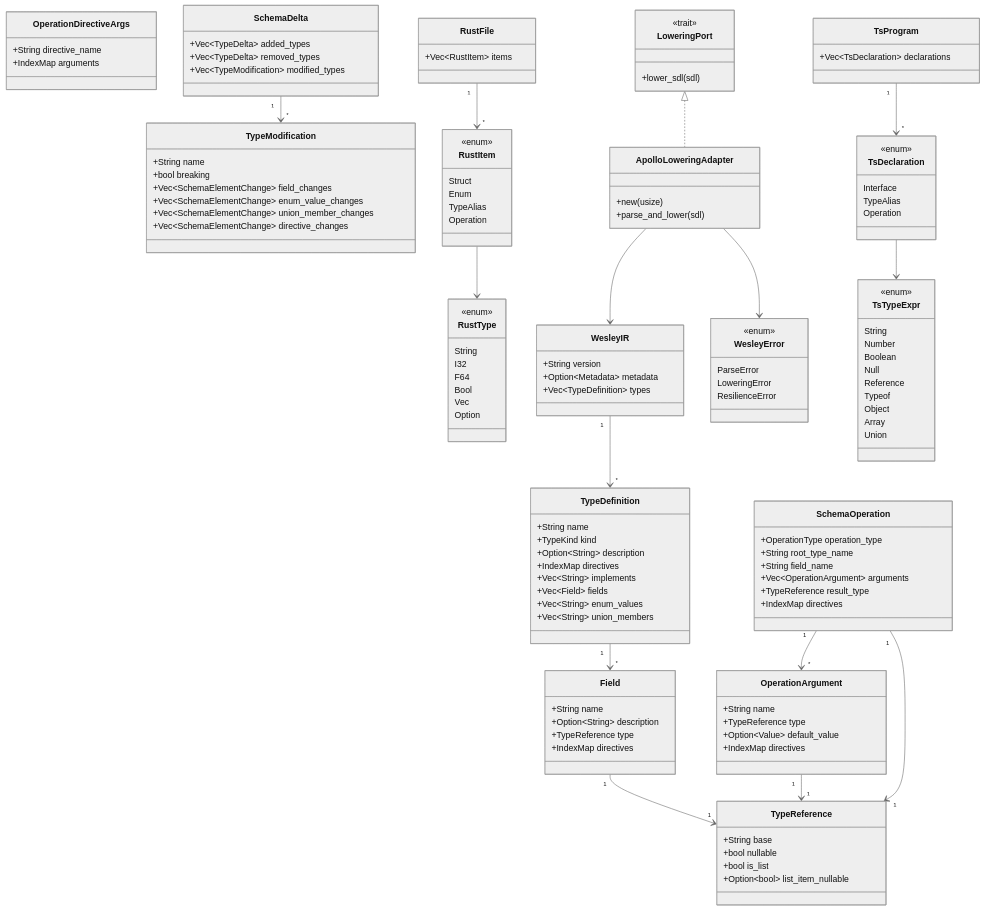
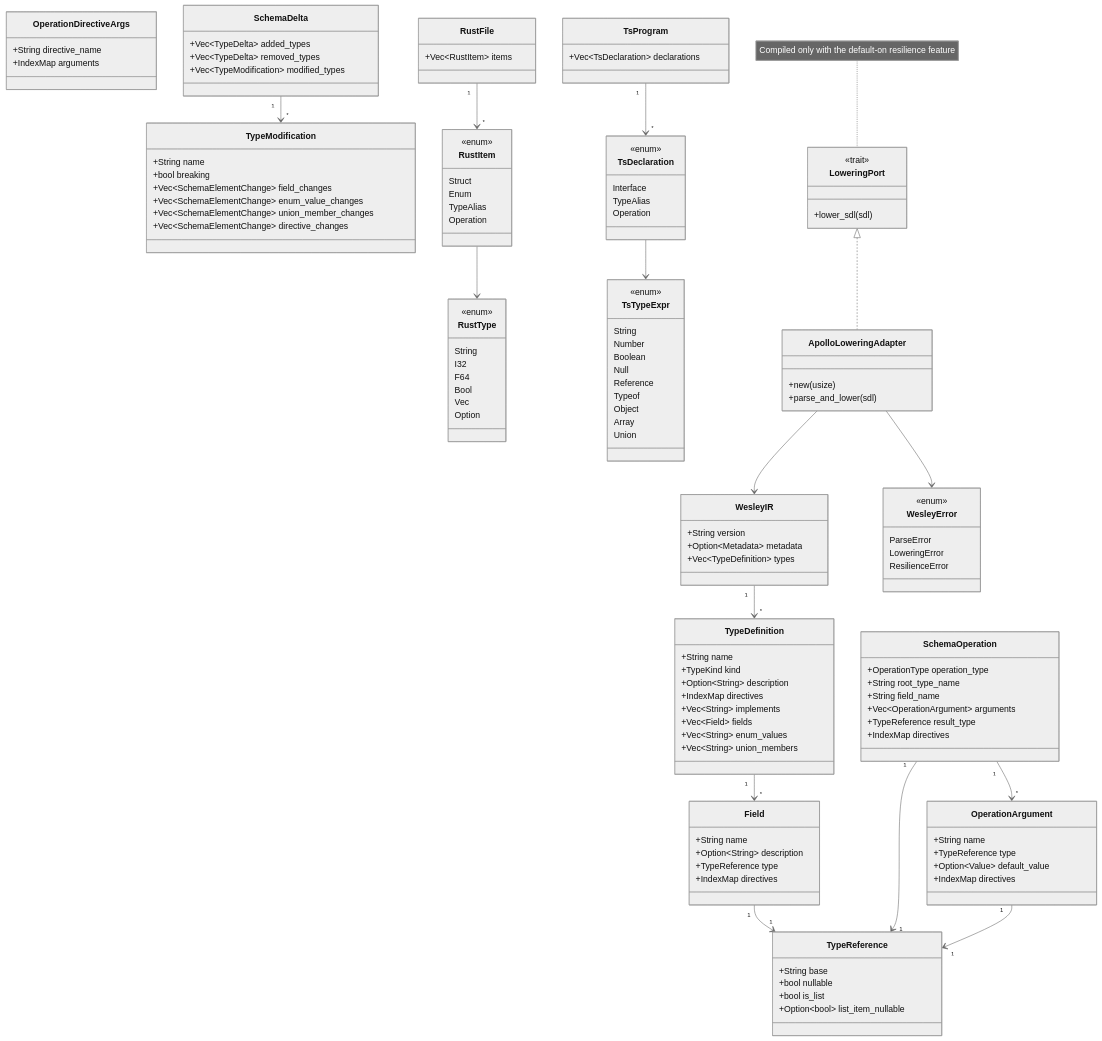
The third of 9 diagrams in docs/ARCHITECTURE.md (flyingrobots/wesley), drawn with Mermaid (neutral theme) before and after one commit. The commit also changed other lines of this file and 6 other files, not shown here.

```diff
--- a/docs/ARCHITECTURE.md
+++ b/docs/ARCHITECTURE.md
@@ -346,6 +346,7 @@
         <<trait>>
         +lower_sdl(sdl)
     }
+    note for LoweringPort "Compiled only with the default-on resilience feature"
 
     class ApolloLoweringAdapter {
         +new(usize)
```
